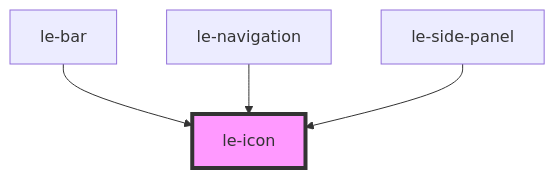
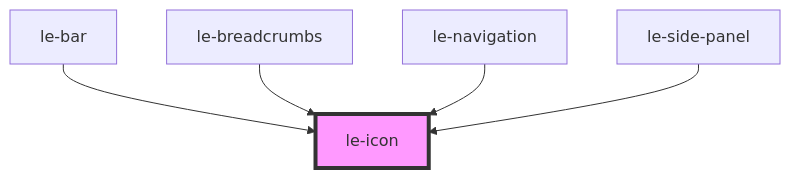
The diagram in src/components/le-icon/readme.md (leechy/le-kit), drawn with Mermaid before and after one commit. The commit also changed other lines of this file and 10 other files, not shown here.

````diff
--- a/src/components/le-icon/readme.md
+++ b/src/components/le-icon/readme.md
@@ -25,7 +26,8 @@
 ```mermaid
 graph TD;
   le-bar --> le-icon
+  le-breadcrumbs --> le-icon
   le-navigation --> le-icon
   le-side-panel --> le-icon
   style le-icon fill:#f9f,stroke:#333,stroke-width:4px
 ```
````
